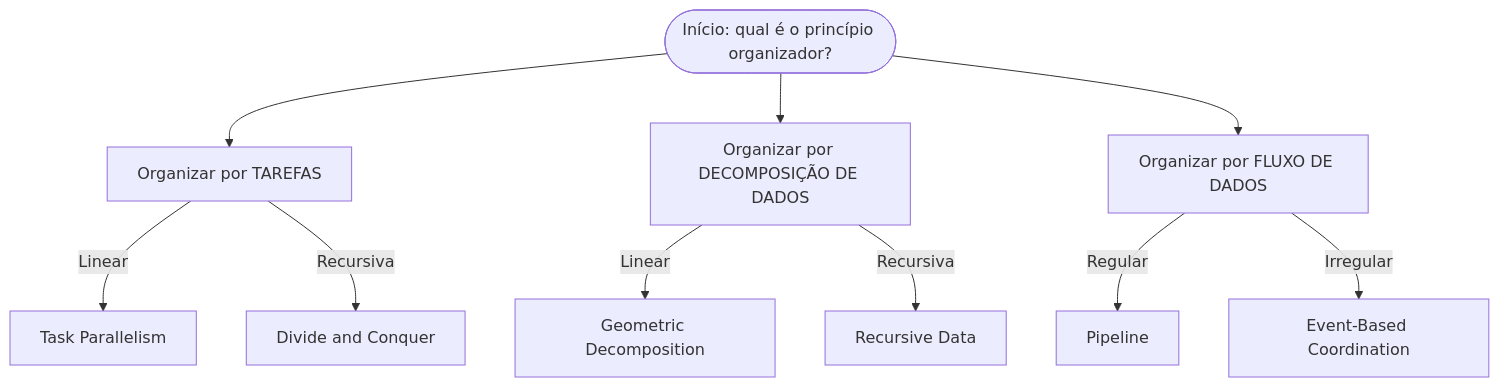
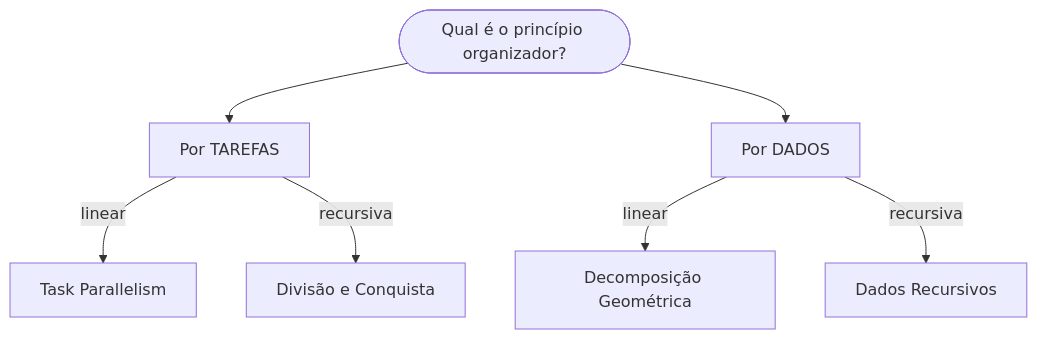
Before and after one commit to HerikDR/estudo-comp-escalavel: the first of 2 diagrams in estudo/06_padroes_de_paralelismo.md, drawn with Mermaid. The commit also changed other lines of this file and 10 other files, not shown here.

````diff
--- a/estudo/06_padroes_de_paralelismo.md
+++ b/estudo/06_padroes_de_paralelismo.md
@@ -306,15 +52,9 @@
 ```mermaid
 flowchart TD
-    S(["Início: qual é o princípio organizador?"]) --> OT["Organizar por TAREFAS"]
-    S --> OD["Organizar por DECOMPOSIÇÃO DE DADOS"]
-    S --> OF["Organizar por FLUXO DE DADOS"]
-
-    OT -->|Linear| TP["Task Parallelism"]
-    OT -->|Recursiva| DC["Divide and Conquer"]
-
-    OD -->|Linear| GD["Geometric Decomposition"]
-    OD -->|Recursiva| RD["Recursive Data"]
-
-    OF -->|Regular| PL["Pipeline"]
-    OF -->|Irregular| EB["Event-Based Coordination"]
+    S(["Qual é o princípio organizador?"]) --> OT["Por TAREFAS"]
+    S --> OD["Por DADOS"]
+    OT -->|linear| TP["Task Parallelism"]
+    OT -->|recursiva| DC["Divisão e Conquista"]
+    OD -->|linear| GD["Decomposição Geométrica"]
+    OD -->|recursiva| RD["Dados Recursivos"]
 ```
````
